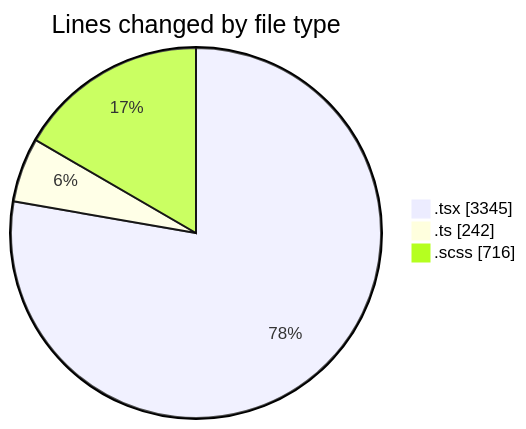
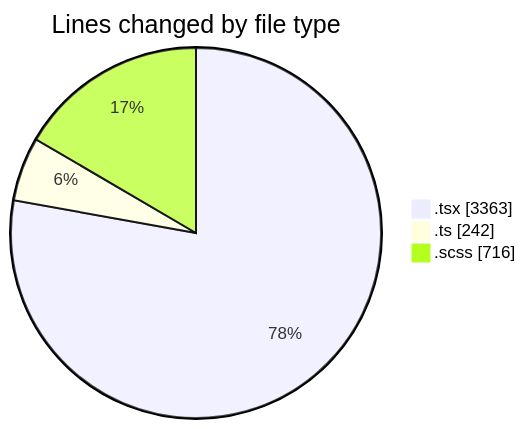
The first of 2 diagrams in 2025-09-15/cda/README.md (momahboobian/code-tracking), drawn with Mermaid before and after one commit. The commit also changed other lines of this file and 1 other file, not shown here.

````diff
--- a/2025-09-15/cda/README.md
+++ b/2025-09-15/cda/README.md
@@ -25,7 +25,7 @@
 ```mermaid
 pie showData
 title Lines changed by file type
-".tsx" : 3345
+".tsx" : 3363
 ".ts" : 242
 ".scss" : 716
 ```
````
